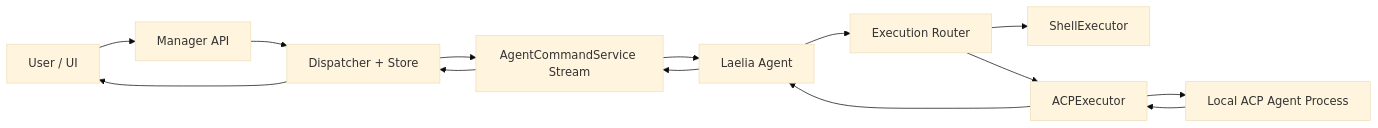
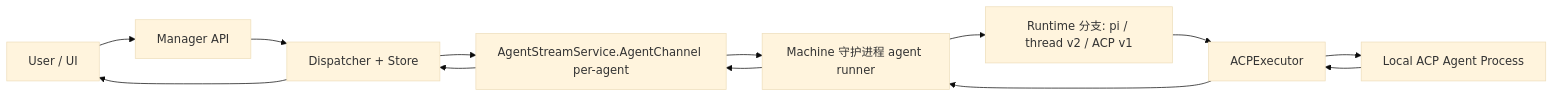
Before and after one commit to Ranxy/laelia: the second of 2 diagrams in docs/plan/agent-acp-integration-design.md, drawn with Mermaid (base theme). The commit also changed other lines of this file and 29 other files, not shown here.

````diff
--- a/docs/plan/agent-acp-integration-design.md
+++ b/docs/plan/agent-acp-integration-design.md
@@ -888,16 +626,15 @@
 ```mermaid
 flowchart LR
     U[User / UI] --> M[Manager API]
     M --> D[Dispatcher + Store]
-    D --> S[AgentCommandService Stream]
-    S --> A[Laelia Agent]
-    A --> R[Execution Router]
-    R --> SH[ShellExecutor]
+    D --> S[AgentStreamService.AgentChannel per-agent]
+    S --> A[Machine 守护进程 agent runner]
+    A --> R[Runtime 分支: pi / thread v2 / ACP v1]
     R --> ACP[ACPExecutor]
     ACP --> P[Local ACP Agent Process]
     P --> ACP
     ACP --> A
     A --> S
     S --> D
     D --> U
 ```
````
